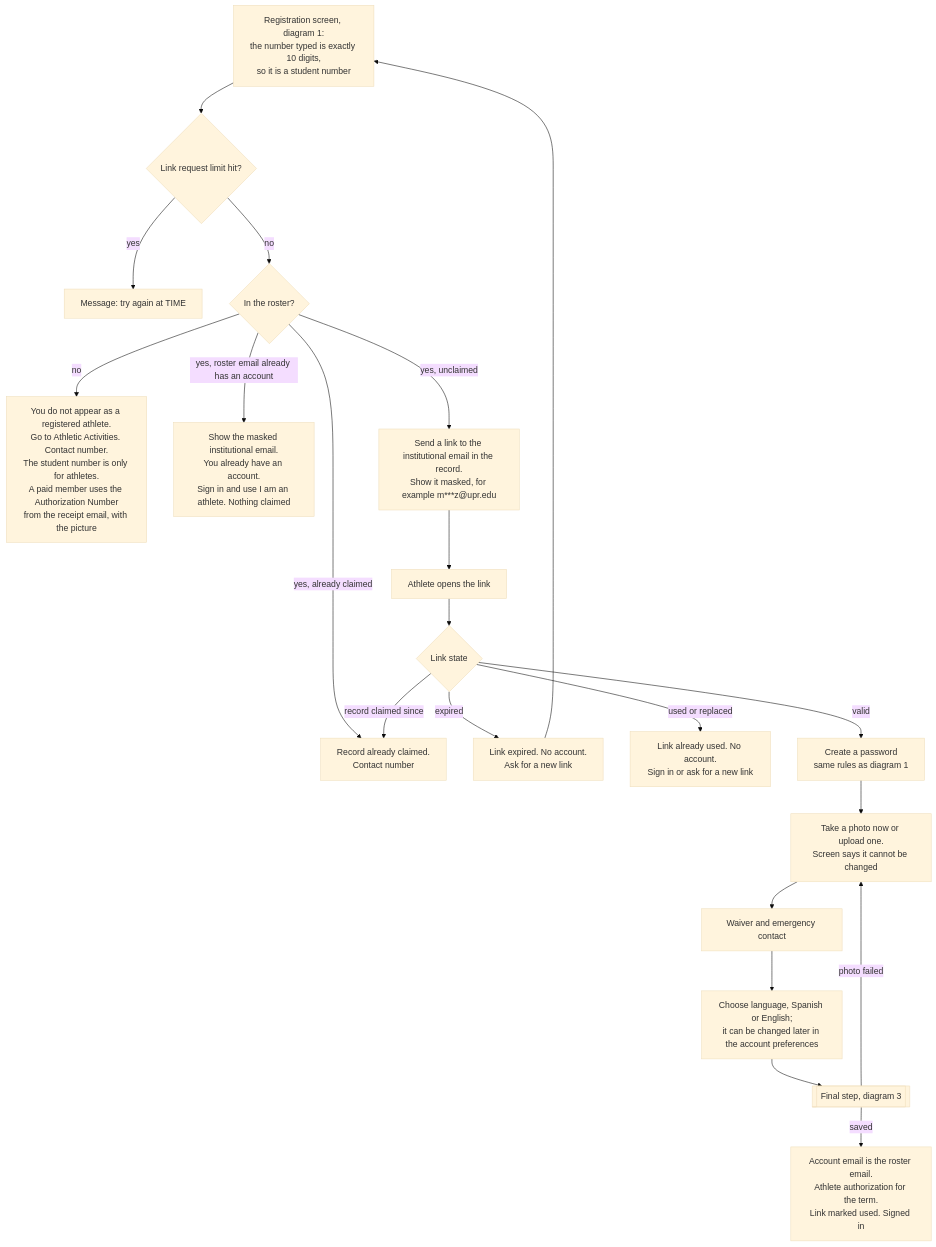
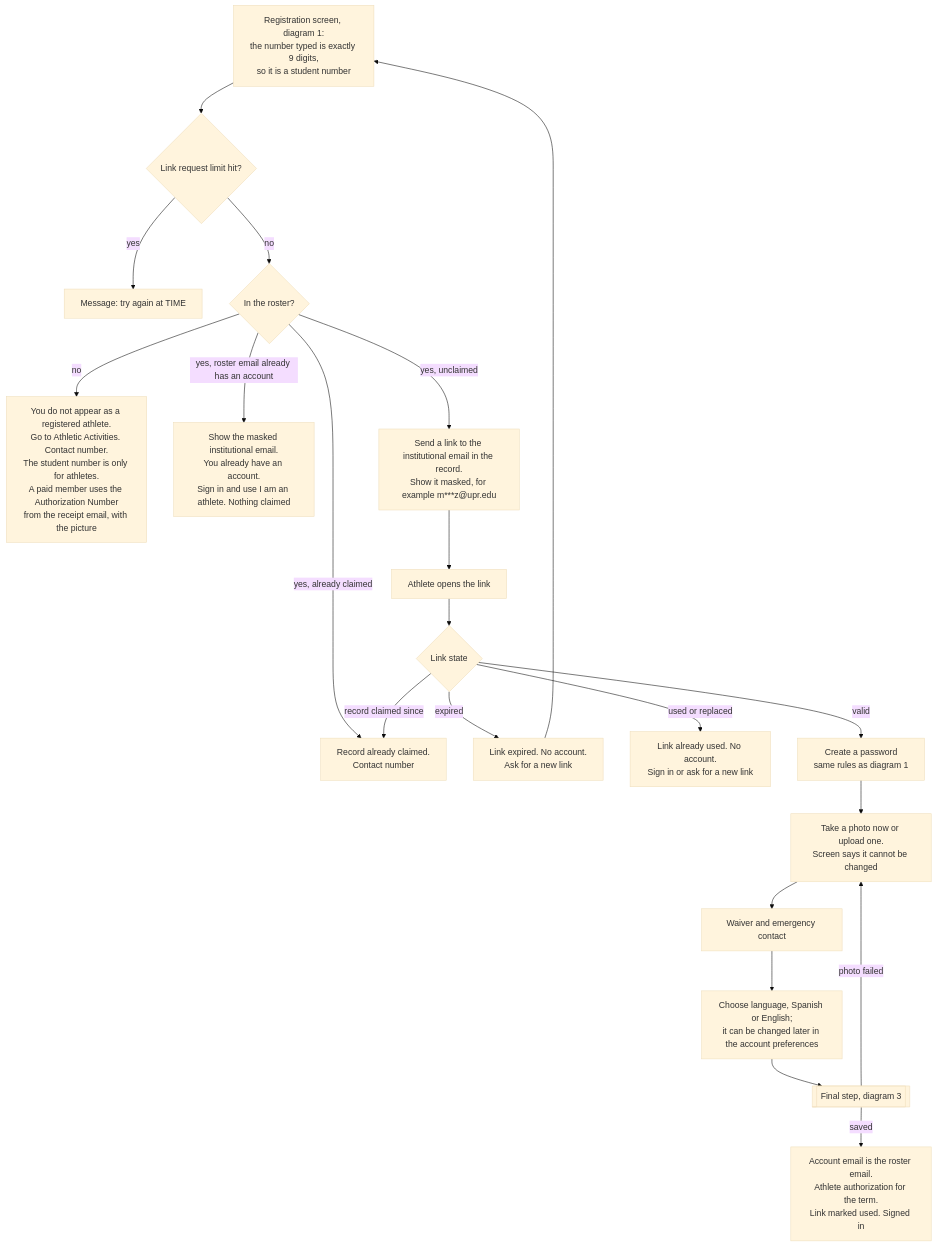
Before and after one commit to Th3-Minorities/natatorio-gym-app: the fourth of 8 diagrams in docs/design/registration-flows.md, drawn with Mermaid (base theme). The commit also changed other lines of this file and 5 other files, not shown here.

Commit message:
Record E-159 and E-160: a Spanish / English switch on the welcome screen before sign in, and 9-digit student numbers, so the docs and SRS 0.16 match what the team decided in the sign-in review

````diff
--- a/docs/design/registration-flows.md
+++ b/docs/design/registration-flows.md
@@ -141,23 +141,23 @@
 ```mermaid
 flowchart TD
-  START["Registration screen, diagram 1:<br/>the number typed is exactly 10 digits,<br/>so it is a student number"] --> LIM{"Link request limit hit?"}
+  START["Registration screen, diagram 1:<br/>the number typed is exactly 9 digits,<br/>so it is a student number"] --> LIM{"Link request limit hit?"}
   LIM -->|"yes"| X0["Message: try again at TIME"]
   LIM -->|"no"| R{"In the roster?"}
   R -->|"no"| X1["You do not appear as a registered athlete.<br/>Go to Athletic Activities. Contact number.<br/>The student number is only for athletes.<br/>A paid member uses the Authorization Number<br/>from the receipt email, with the picture"]
   R -->|"yes, already claimed"| X2["Record already claimed.<br/>Contact number"]
   R -->|"yes, roster email already has an account"| X3["Show the masked institutional email.<br/>You already have an account.<br/>Sign in and use I am an athlete. Nothing claimed"]
   R -->|"yes, unclaimed"| SEND["Send a link to the institutional email in the record.<br/>Show it masked, for example m***z@upr.edu"]
   SEND --> OPEN["Athlete opens the link"]
   OPEN --> V{"Link state"}
   V -->|"expired"| X4["Link expired. No account.<br/>Ask for a new link"]
   V -->|"used or replaced"| X5["Link already used. No account.<br/>Sign in or ask for a new link"]
   V -->|"record claimed since"| X2
   V -->|"valid"| PW["Create a password<br/>same rules as diagram 1"]
   PW --> PH["Take a photo now or upload one.<br/>Screen says it cannot be changed"]
   PH --> WV["Waiver and emergency contact"]
   WV --> LG["Choose language, Spanish or English;<br/>it can be changed later in the account preferences"]
   LG --> FIN[["Final step, diagram 3"]]
   FIN -->|"photo failed"| PH
   FIN -->|"saved"| OK["Account email is the roster email.<br/>Athlete authorization for the term.<br/>Link marked used. Signed in"]
   X4 --> START
 ```
````
